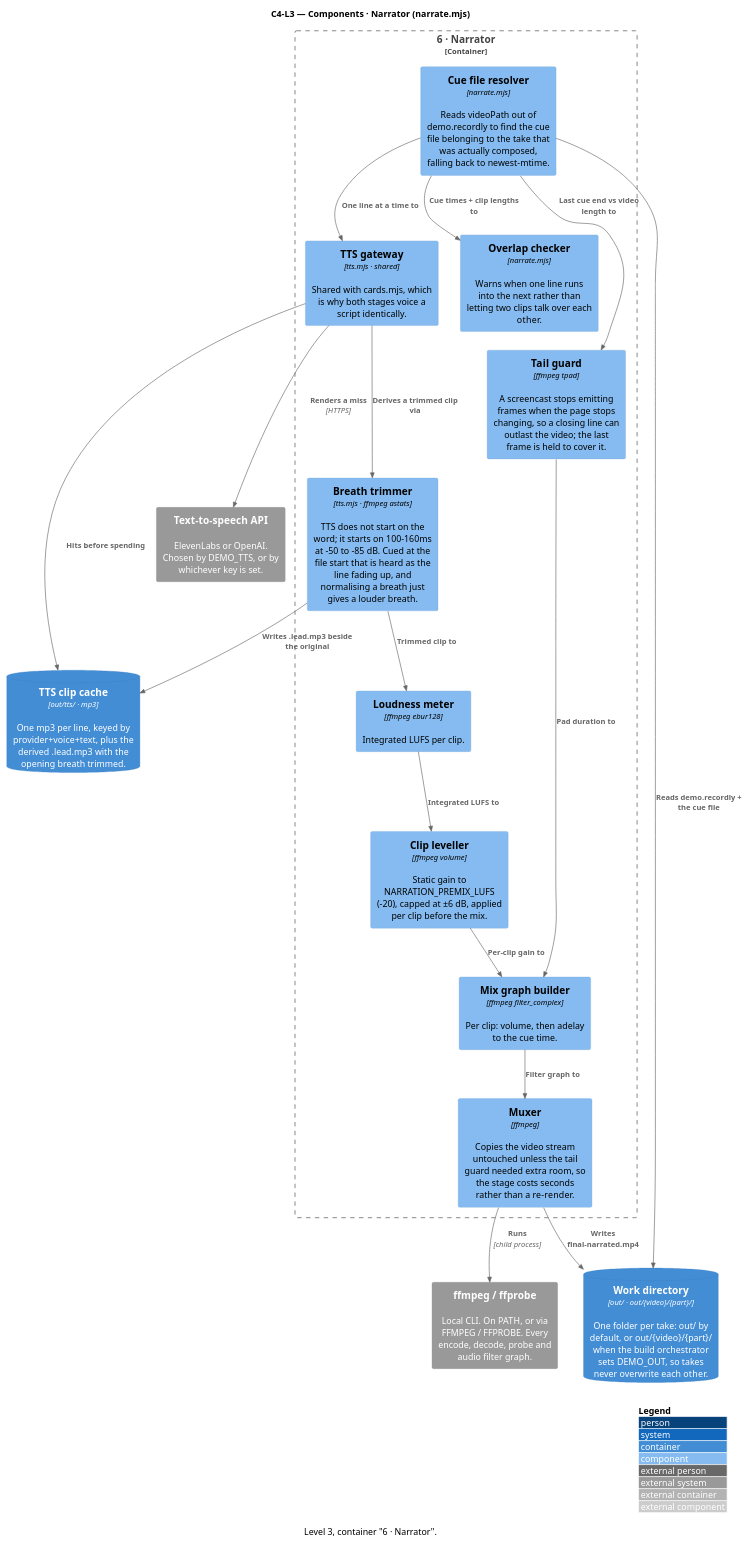
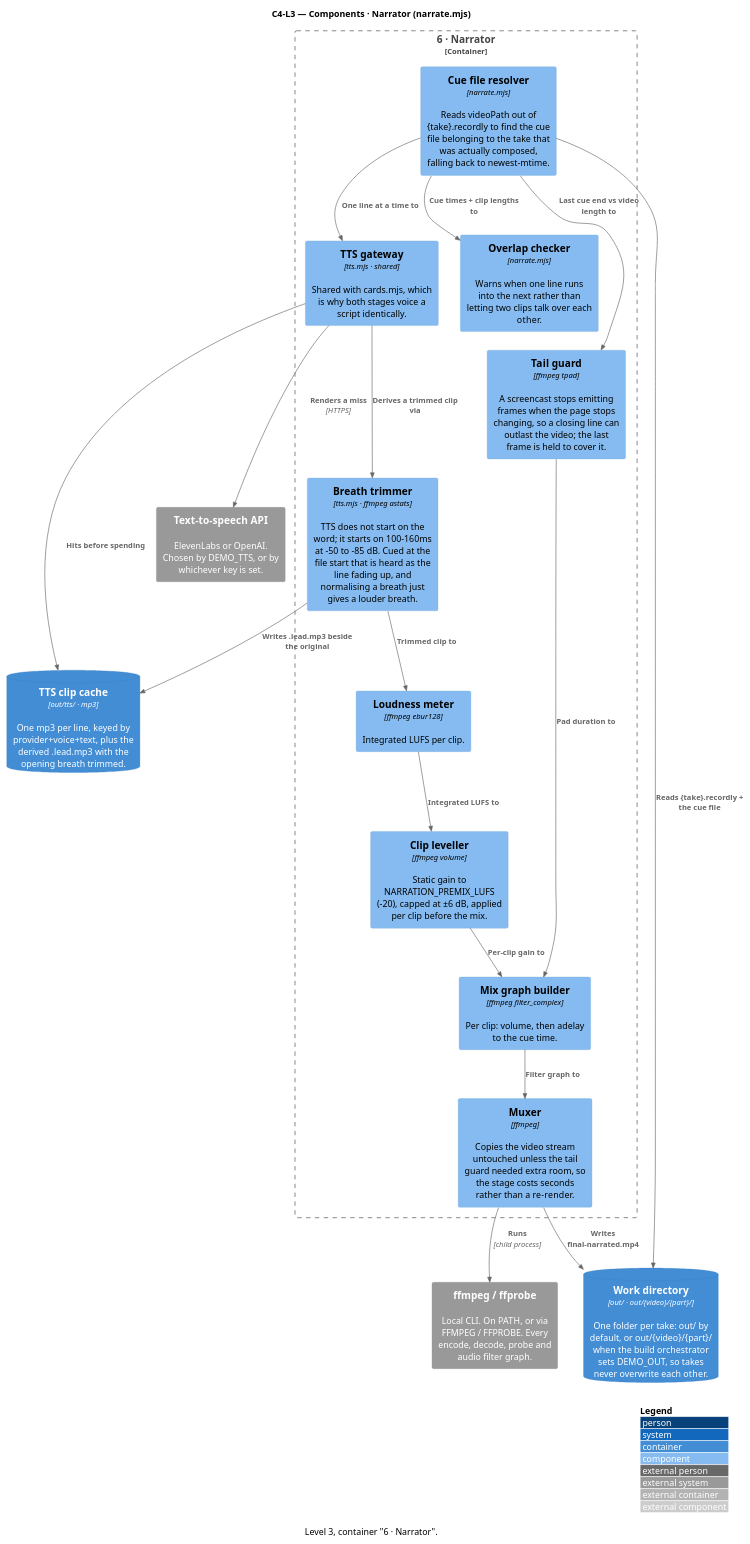
Before and after one commit to ssunduko/product-video: the diagram in docs/c4-l3-narrator.puml, drawn with PlantUML. The commit also changed 16 other files, not shown here.

First line of the commit message:
Add click-tracking video, sample reference video, per-take zoom project name

```diff
--- a/docs/c4-l3-narrator.puml
+++ b/docs/c4-l3-narrator.puml
@@ -1,44 +1,44 @@
 @startuml c4-l3-narrator
 ' Generated by docs/c4-model.mjs — do not edit; edit the model and re-run.
 !include <C4/C4_Component>
 ' No bundled C4 stdlib? Replace the line above with:
 ' !include https://raw.githubusercontent.com/plantuml-stdlib/C4-PlantUML/master/C4_Component.puml
 
 title C4-L3 — Components · Narrator (narrate.mjs)
 caption Level 3, container "6 · Narrator".
 
 ContainerDb(tts_clip_cache, "TTS clip cache", "out/tts/ · mp3", "One mp3 per line, keyed by provider+voice+text, plus the derived .lead.mp3 with the opening breath trimmed.")
 System_Ext(text_to_speech_api, "Text-to-speech API", "ElevenLabs or OpenAI. Chosen by DEMO_TTS, or by whichever key is set.")
 ContainerDb(work_directory, "Work directory", "out/ · out/{video}/{part}/", "One folder per take: out/ by default, or out/{video}/{part}/ when the build orchestrator sets DEMO_OUT, so takes never overwrite each other.")
 System_Ext(ffmpeg_ffprobe, "ffmpeg / ffprobe", "Local CLI. On PATH, or via FFMPEG / FFPROBE. Every encode, decode, probe and audio filter graph.")
 
 Container_Boundary(narrator_2, "6 · Narrator") {
-  Component(cue_file_resolver, "Cue file resolver", "narrate.mjs", "Reads videoPath out of demo.recordly to find the cue file belonging to the take that was actually composed, falling back to newest-mtime.")
+  Component(cue_file_resolver, "Cue file resolver", "narrate.mjs", "Reads videoPath out of {take}.recordly to find the cue file belonging to the take that was actually composed, falling back to newest-mtime.")
   Component(tts_gateway, "TTS gateway", "tts.mjs · shared", "Shared with cards.mjs, which is why both stages voice a script identically.")
   Component(breath_trimmer, "Breath trimmer", "tts.mjs · ffmpeg astats", "TTS does not start on the word; it starts on 100-160ms at -50 to -85 dB. Cued at the file start that is heard as the line fading up, and normalising a breath just gives a louder breath.")
   Component(loudness_meter, "Loudness meter", "ffmpeg ebur128", "Integrated LUFS per clip.")
   Component(clip_leveller, "Clip leveller", "ffmpeg volume", "Static gain to NARRATION_PREMIX_LUFS (-20), capped at ±6 dB, applied per clip before the mix.")
   Component(overlap_checker, "Overlap checker", "narrate.mjs", "Warns when one line runs into the next rather than letting two clips talk over each other.")
   Component(tail_guard, "Tail guard", "ffmpeg tpad", "A screencast stops emitting frames when the page stops changing, so a closing line can outlast the video; the last frame is held to cover it.")
   Component(mix_graph_builder, "Mix graph builder", "ffmpeg filter_complex", "Per clip: volume, then adelay to the cue time.")
   Component(muxer, "Muxer", "ffmpeg", "Copies the video stream untouched unless the tail guard needed extra room, so the stage costs seconds rather than a re-render.")
 }
 
-Rel(cue_file_resolver, work_directory, "Reads demo.recordly + the cue file")
+Rel(cue_file_resolver, work_directory, "Reads {take}.recordly + the cue file")
 Rel(cue_file_resolver, tts_gateway, "One line at a time to")
 Rel(tts_gateway, tts_clip_cache, "Hits before spending")
 Rel(tts_gateway, text_to_speech_api, "Renders a miss", "HTTPS")
 Rel(tts_gateway, breath_trimmer, "Derives a trimmed clip via")
 Rel(breath_trimmer, tts_clip_cache, "Writes .lead.mp3 beside the original")
 Rel(breath_trimmer, loudness_meter, "Trimmed clip to")
 Rel(loudness_meter, clip_leveller, "Integrated LUFS to")
 Rel(cue_file_resolver, overlap_checker, "Cue times + clip lengths to")
 Rel(cue_file_resolver, tail_guard, "Last cue end vs video length to")
 Rel(clip_leveller, mix_graph_builder, "Per-clip gain to")
 Rel(tail_guard, mix_graph_builder, "Pad duration to")
 Rel(mix_graph_builder, muxer, "Filter graph to")
 Rel(muxer, ffmpeg_ffprobe, "Runs", "child process")
 Rel(muxer, work_directory, "Writes final-narrated.mp4")
 
 LAYOUT_WITH_LEGEND()
 @enduml
```
